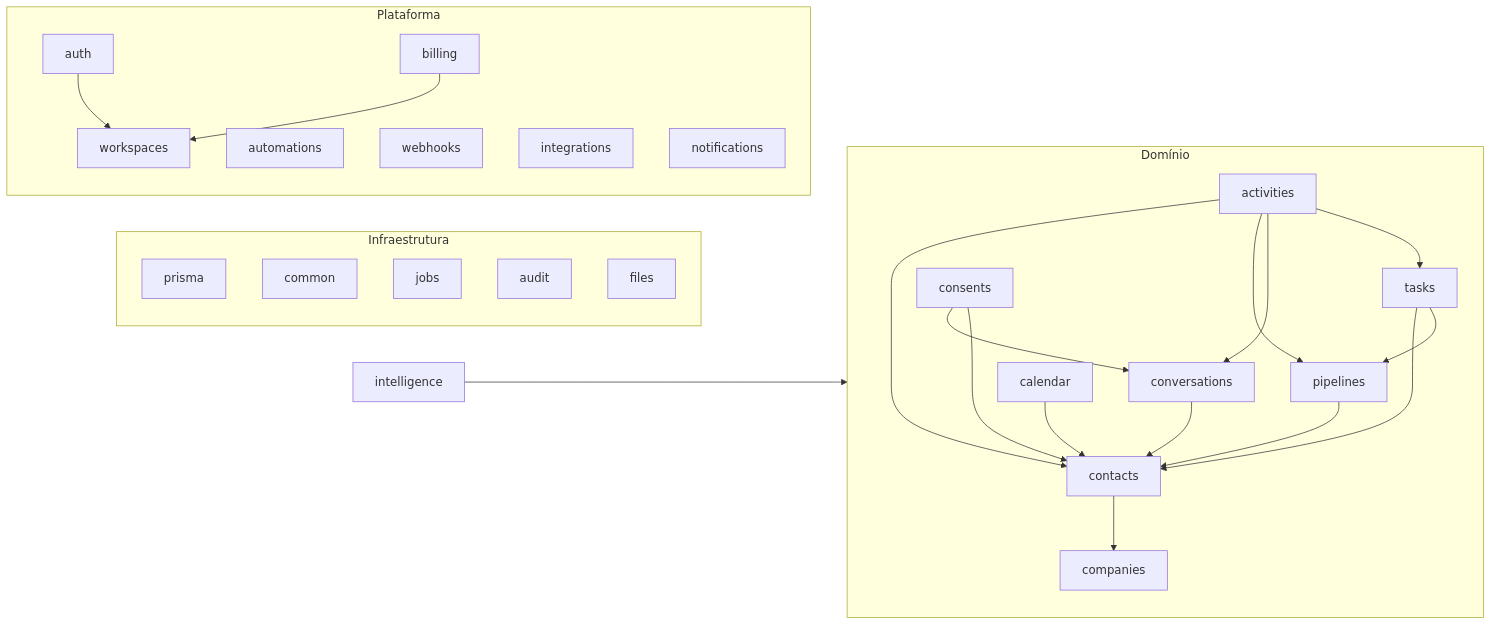
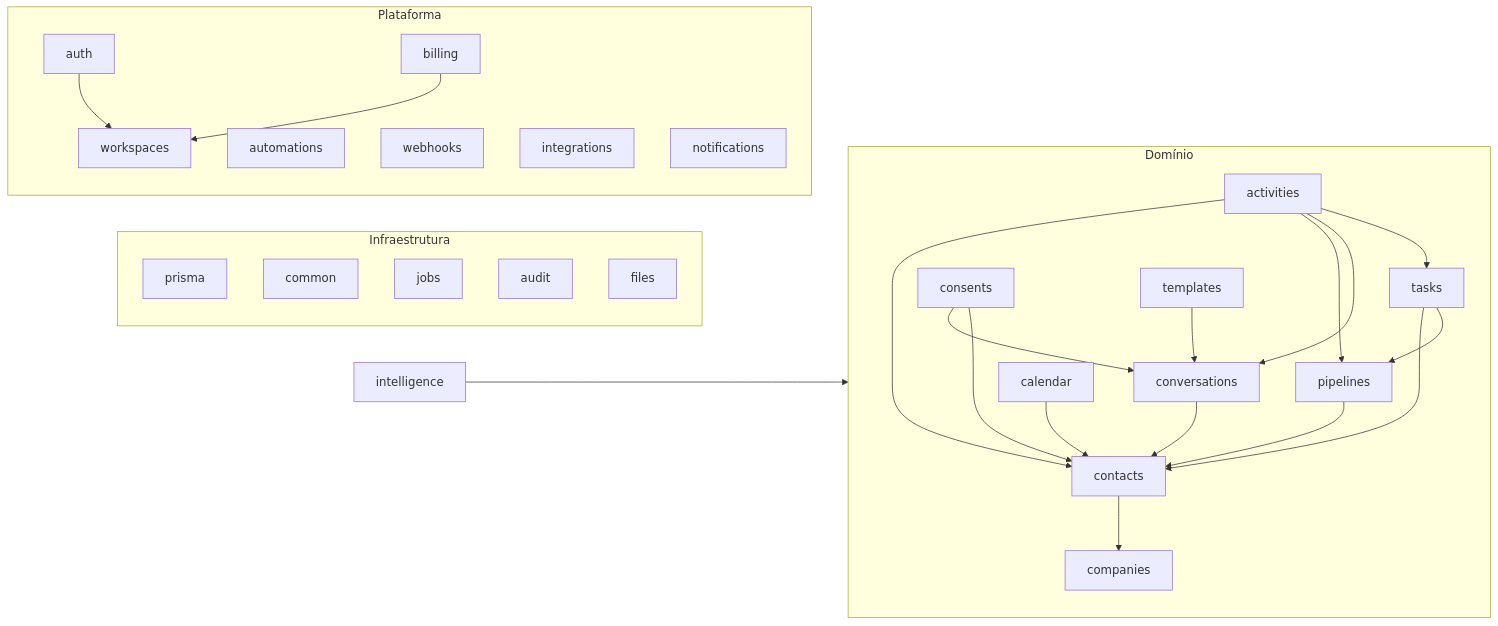
Before and after one commit to AurelioromeuConsultoria/veyra: the second of 2 diagrams in docs/ARCHITECTURE.md, drawn with Mermaid. The commit also changed other lines of this file and 29 other files, not shown here.

````diff
--- a/docs/ARCHITECTURE.md
+++ b/docs/ARCHITECTURE.md
@@ -74,21 +74,22 @@
 ```mermaid
 graph LR
     subgraph Infraestrutura
         prisma; common; jobs; audit; files
     end
     subgraph Plataforma
         auth --> workspaces
         billing --> workspaces
         automations; webhooks; integrations; notifications
     end
     subgraph Domínio
         contacts --> companies
         pipelines --> contacts
         activities --> contacts & pipelines & conversations & tasks
         conversations --> contacts
         consents --> conversations & contacts
+        templates --> conversations
         tasks --> contacts & pipelines
         calendar --> contacts
     end
     intelligence --> Domínio
 ```
````
